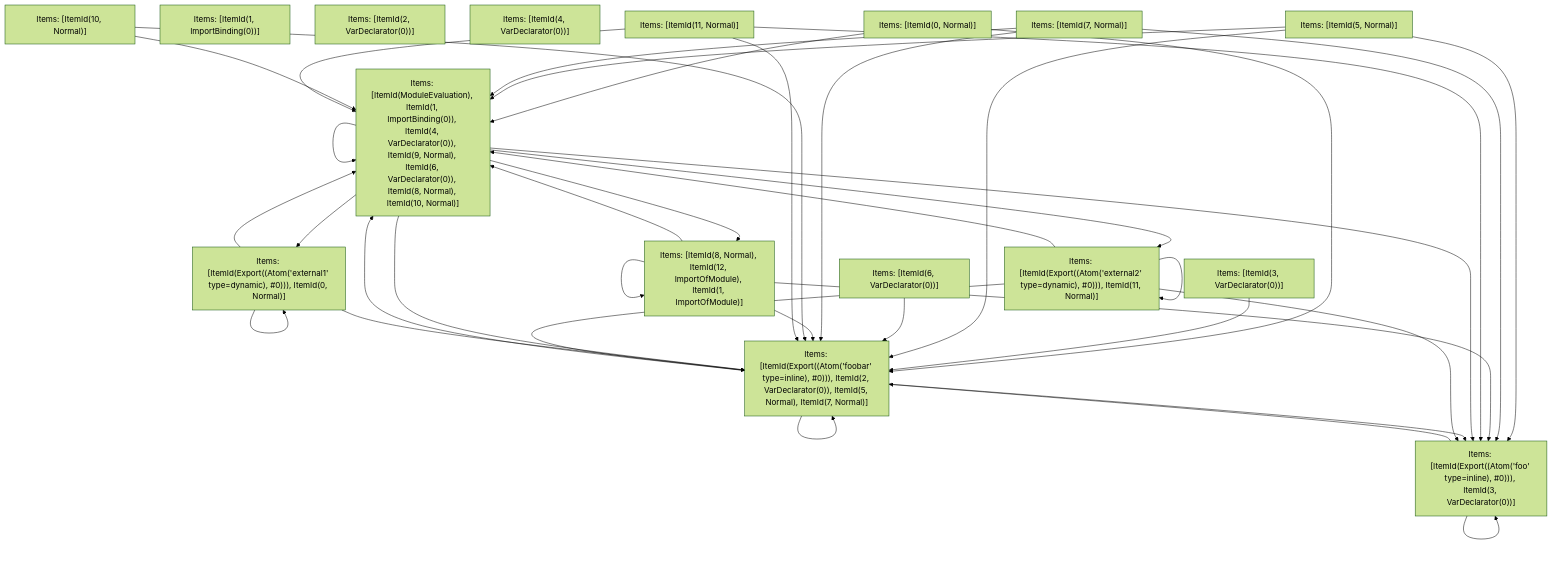
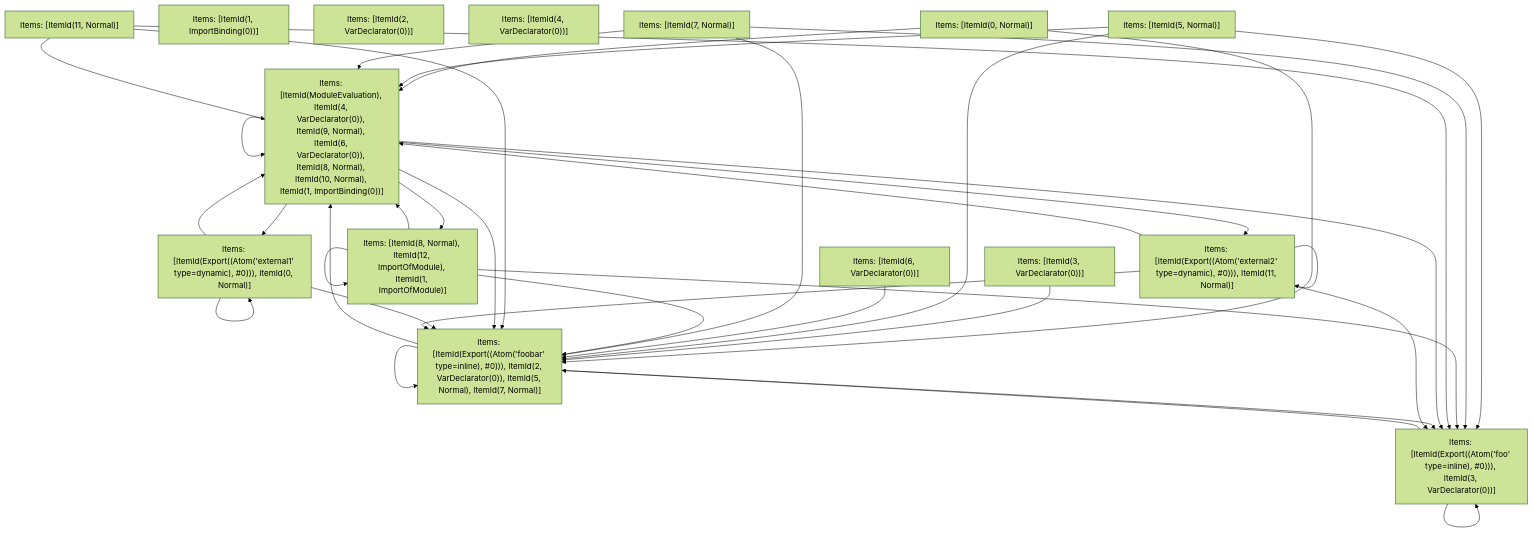
One commit to vercel/turborepo changed the fifth of 5 diagrams in crates/turbopack-ecmascript/tests/tree-shaker/analyzer/2/output.md. Above: the diagram before and after it, drawn with Mermaid (forest theme). The commit also changed 1 other file, not shown here.

Commit message:
Update test refs

````diff
--- a/crates/turbopack-ecmascript/tests/tree-shaker/analyzer/2/output.md
+++ b/crates/turbopack-ecmascript/tests/tree-shaker/analyzer/2/output.md
@@ -368,56 +368,53 @@
 ```mermaid
 graph TD
     N0["Items: [ItemId(0, Normal)]"];
     N1["Items: [ItemId(1, ImportBinding(0))]"];
     N2["Items: [ItemId(2, VarDeclarator(0))]"];
     N3["Items: [ItemId(3, VarDeclarator(0))]"];
     N4["Items: [ItemId(4, VarDeclarator(0))]"];
     N5["Items: [ItemId(5, Normal)]"];
     N6["Items: [ItemId(6, VarDeclarator(0))]"];
     N7["Items: [ItemId(7, Normal)]"];
     N8["Items: [ItemId(8, Normal), ItemId(12, ImportOfModule), ItemId(1, ImportOfModule)]"];
-    N9["Items: [ItemId(10, Normal)]"];
-    N10["Items: [ItemId(11, Normal)]"];
-    N11["Items: [ItemId(ModuleEvaluation), ItemId(1, ImportBinding(0)), ItemId(4, VarDeclarator(0)), ItemId(9, Normal), ItemId(6, VarDeclarator(0)), ItemId(8, Normal), ItemId(10, Normal)]"];
-    N12["Items: [ItemId(Export((Atom('external1' type=dynamic), #0))), ItemId(0, Normal)]"];
-    N13["Items: [ItemId(Export((Atom('foobar' type=inline), #0))), ItemId(2, VarDeclarator(0)), ItemId(5, Normal), ItemId(7, Normal)]"];
-    N14["Items: [ItemId(Export((Atom('foo' type=inline), #0))), ItemId(3, VarDeclarator(0))]"];
-    N15["Items: [ItemId(Export((Atom('external2' type=dynamic), #0))), ItemId(11, Normal)]"];
-    N0 --> N11;
-    N0 --> N13;
-    N3 --> N13;
-    N5 --> N11;
+    N9["Items: [ItemId(11, Normal)]"];
+    N10["Items: [ItemId(ModuleEvaluation), ItemId(4, VarDeclarator(0)), ItemId(9, Normal), ItemId(6, VarDeclarator(0)), ItemId(8, Normal), ItemId(10, Normal), ItemId(1, ImportBinding(0))]"];
+    N11["Items: [ItemId(Export((Atom('external1' type=dynamic), #0))), ItemId(0, Normal)]"];
+    N12["Items: [ItemId(Export((Atom('foobar' type=inline), #0))), ItemId(2, VarDeclarator(0)), ItemId(5, Normal), ItemId(7, Normal)]"];
+    N13["Items: [ItemId(Export((Atom('foo' type=inline), #0))), ItemId(3, VarDeclarator(0))]"];
+    N14["Items: [ItemId(Export((Atom('external2' type=dynamic), #0))), ItemId(11, Normal)]"];
+    N0 --> N10;
+    N0 --> N12;
+    N3 --> N12;
+    N5 --> N10;
+    N5 --> N12;
     N5 --> N13;
-    N5 --> N14;
-    N6 --> N13;
+    N6 --> N12;
+    N7 --> N12;
     N7 --> N13;
-    N7 --> N14;
-    N7 --> N11;
-    N8 --> N11;
+    N7 --> N10;
+    N8 --> N10;
     N8 --> N8;
+    N8 --> N12;
     N8 --> N13;
-    N8 --> N14;
-    N9 --> N11;
     N9 --> N13;
+    N9 --> N10;
+    N9 --> N12;
+    N10 --> N10;
+    N10 --> N11;
+    N10 --> N12;
+    N10 --> N13;
     N10 --> N14;
-    N10 --> N11;
-    N10 --> N13;
+    N10 --> N8;
     N11 --> N11;
+    N11 --> N10;
     N11 --> N12;
-    N11 --> N13;
-    N11 --> N14;
-    N11 --> N15;
-    N11 --> N8;
     N12 --> N12;
-    N12 --> N11;
+    N12 --> N10;
     N12 --> N13;
     N13 --> N13;
-    N13 --> N11;
-    N13 --> N14;
+    N13 --> N12;
     N14 --> N14;
     N14 --> N13;
-    N15 --> N15;
-    N15 --> N14;
-    N15 --> N11;
-    N15 --> N13;
+    N14 --> N10;
+    N14 --> N12;
 ```
````
